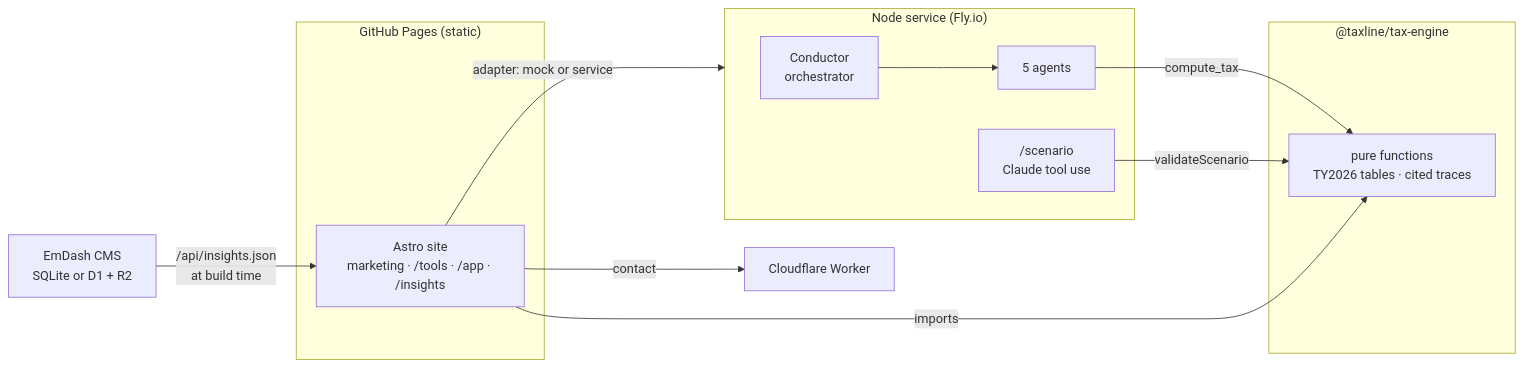
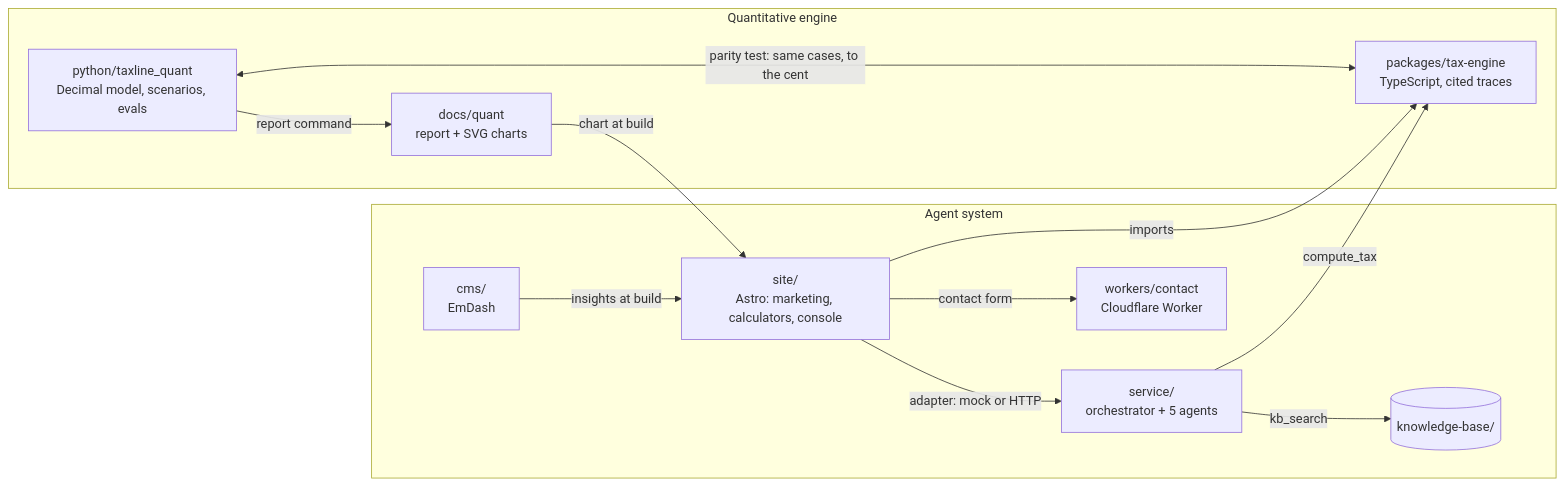
The first of 2 diagrams in README.md (patrickking67/taxline), drawn with Mermaid before and after one commit. The commit also changed other lines of this file and 9 other files, not shown here.

First line of the commit message:
docs: lead the README with the product, the proofs, and diagrams

````diff
--- a/README.md
+++ b/README.md
@@ -33,18 +50,24 @@
 ```mermaid
 flowchart LR
-  subgraph Static["GitHub Pages (static)"]
-    Site["Astro site<br/>marketing · /tools · /app · /insights"]
+  subgraph Agents["Agent system"]
+    Site["site/<br/>Astro: marketing, calculators, console"]
+    Service["service/<br/>orchestrator + 5 agents"]
+    Worker["workers/contact<br/>Cloudflare Worker"]
+    CMS["cms/<br/>EmDash"]
+    KB[("knowledge-base/")]
   end
-  subgraph Engine["@taxline/tax-engine"]
-    TE["pure functions<br/>TY2026 tables · cited traces"]
+  subgraph Quant["Quantitative engine"]
+    TE["packages/tax-engine<br/>TypeScript, cited traces"]
+    PY["python/taxline_quant<br/>Decimal model, scenarios, evals"]
+    Report["docs/quant<br/>report + SVG charts"]
   end
-  subgraph Service["Node service (Fly.io)"]
-    O["Conductor<br/>orchestrator"] --> A["5 agents"]
-    A -->|compute_tax| TE
-    S["/scenario<br/>Claude tool use"] -->|validateScenario| TE
-  end
-  CMS["EmDash CMS<br/>SQLite or D1 + R2"] -->|"/api/insights.json<br/>at build time"| Site
   Site -->|imports| TE
-  Site -->|"adapter: mock or service"| Service
-  Site -->|contact| W["Cloudflare Worker"]
+  Service -->|compute_tax| TE
+  Service -->|kb_search| KB
+  Site -->|"adapter: mock or HTTP"| Service
+  Site -->|contact form| Worker
+  CMS -->|insights at build| Site
+  PY <-->|"parity test: same cases, to the cent"| TE
+  PY -->|"report command"| Report
+  Report -->|"chart at build"| Site
 ```
````
